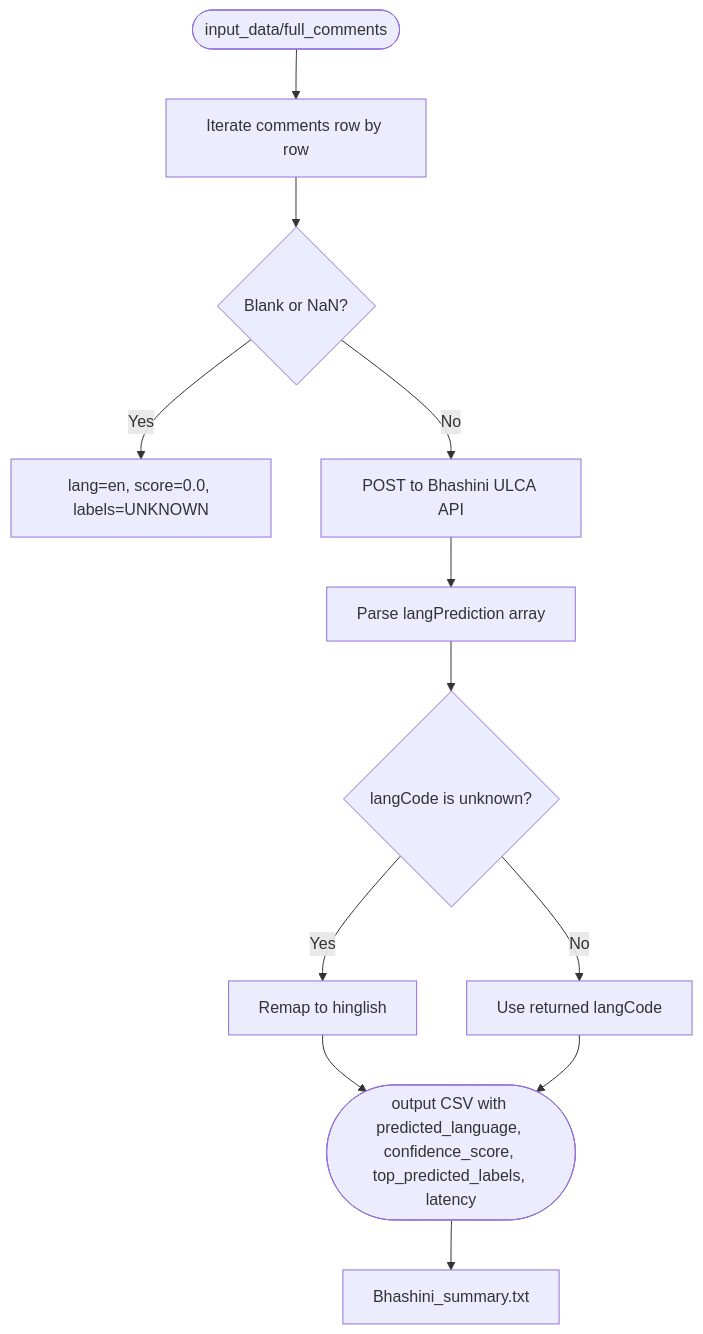
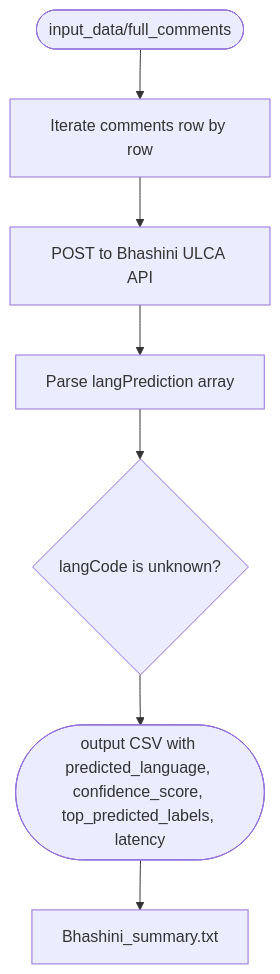
The third of 4 diagrams in HLD_docs/high_level_documentation.md (saipraneethmeduritarento/Sentiment_analysis_comments), drawn with Mermaid before and after one commit. The commit also changed other lines of this file, not shown here.

````diff
--- a/HLD_docs/high_level_documentation.md
+++ b/HLD_docs/high_level_documentation.md
@@ -83,13 +81,9 @@
 ```mermaid
 flowchart TD
     A([input_data/full_comments]) --> B[Iterate comments row by row]
-    B --> C{Blank or NaN?}
-    C -- Yes --> D[lang=en, score=0.0, labels=UNKNOWN]
-    C -- No --> E[POST to Bhashini ULCA API]
-    E --> F[Parse langPrediction array]
-    F --> G{langCode is unknown?}
-    G -- Yes --> H[Remap to hinglish]
-    G -- No --> I[Use returned langCode]
-    H & I --> J([output CSV with predicted_language, confidence_score, top_predicted_labels, latency])
-    J --> K[Bhashini_summary.txt]
+    B --> c[POST to Bhashini ULCA API]
+    c --> D[Parse langPrediction array]
+    D --> E{langCode is unknown?}
+    E --> F([output CSV with predicted_language, confidence_score, top_predicted_labels, latency])
+    F --> G[Bhashini_summary.txt]
 ```
````
